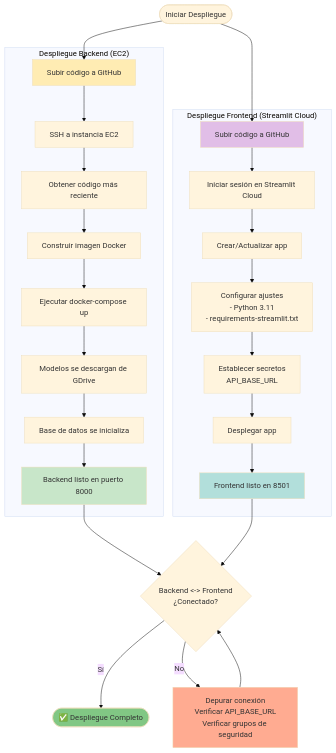
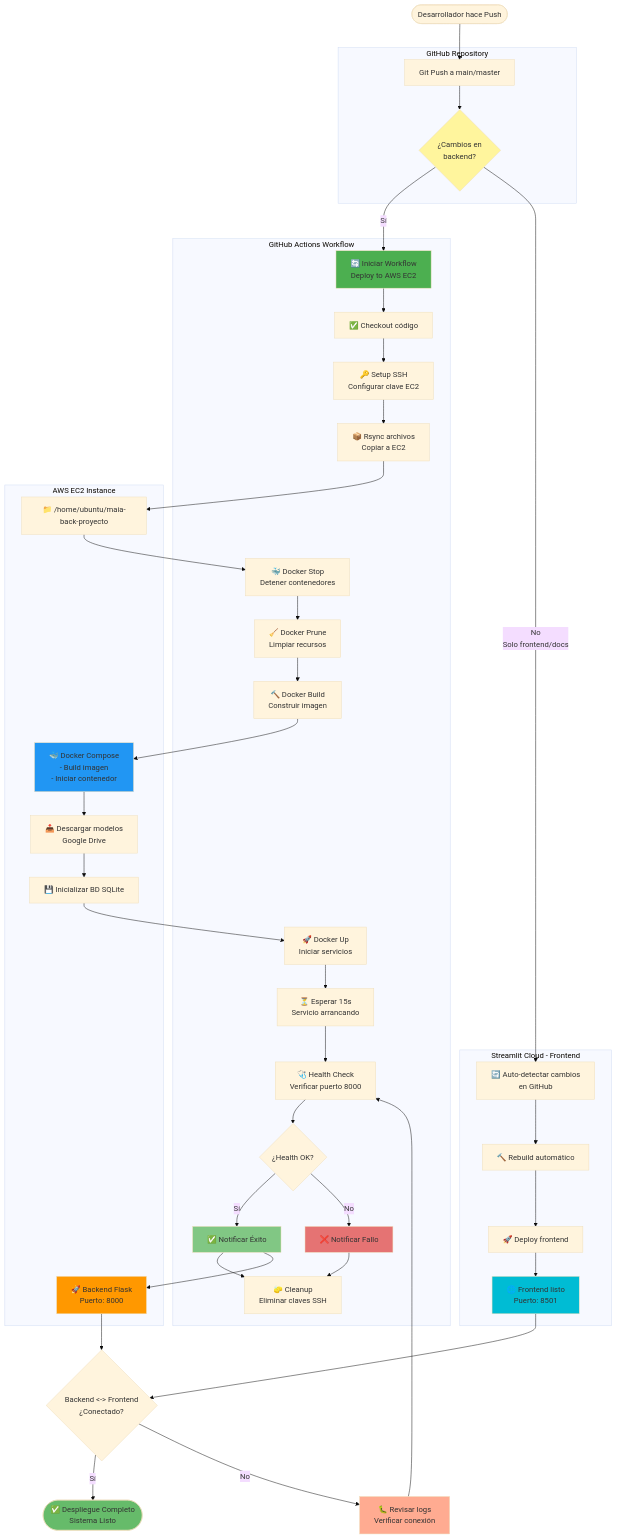
One commit to marioguaqueta/maia-back-proyecto changed the fifth of 8 diagrams in ARCHITECTURE_DIAGRAM.md. Above: the diagram before and after it, drawn with Mermaid (base theme). The commit also changed other lines of this file and 6 other files, not shown here.

Commit message:
Fix diagrama

````diff
--- a/ARCHITECTURE_DIAGRAM.md
+++ b/ARCHITECTURE_DIAGRAM.md
@@ -219,57 +219,94 @@
 ```mermaid
 graph TD
-    Start([Iniciar Despliegue])
+    Start([Desarrollador hace Push])
     
-    subgraph "Despliegue Backend (EC2)"
-        B1[Subir código a GitHub]
-        B2[SSH a instancia EC2]
-        B3[Obtener código más reciente]
-        B4[Construir imagen Docker]
-        B5[Ejecutar docker-compose up]
-        B6[Modelos se descargan de GDrive]
-        B7[Base de datos se inicializa]
-        B8[Backend listo en puerto 8000]
+    subgraph "GitHub Repository"
+        Push[Git Push a main/master]
+        Trigger{¿Cambios en<br/>backend?}
     end
     
-    subgraph "Despliegue Frontend (Streamlit Cloud)"
-        F1[Subir código a GitHub]
-        F2[Iniciar sesión en Streamlit Cloud]
-        F3[Crear/Actualizar app]
-        F4[Configurar ajustes<br/>- Python 3.11<br/>- requirements-streamlit.txt]
-        F5[Establecer secretos<br/>API_BASE_URL]
-        F6[Desplegar app]
-        F7[Frontend listo en 8501]
+    subgraph "GitHub Actions Workflow"
+        GHA1[🔄 Iniciar Workflow<br/>Deploy to AWS EC2]
+        GHA2[✅ Checkout código]
+        GHA3[🔑 Setup SSH<br/>Configurar clave EC2]
+        GHA4[📦 Rsync archivos<br/>Copiar a EC2]
+        GHA5[🐳 Docker Stop<br/>Detener contenedores]
+        GHA6[🧹 Docker Prune<br/>Limpiar recursos]
+        GHA7[🔨 Docker Build<br/>Construir imagen]
+        GHA8[🚀 Docker Up<br/>Iniciar servicios]
+        GHA9[⏳ Esperar 15s<br/>Servicio arrancando]
+        GHA10[🩺 Health Check<br/>Verificar puerto 8000]
+        GHA11{¿Health OK?}
+        GHA12[✅ Notificar Éxito]
+        GHA13[❌ Notificar Fallo]
+        GHA14[🧽 Cleanup<br/>Eliminar claves SSH]
     end
     
-    Start --> B1
-    Start --> F1
+    subgraph "AWS EC2 Instance"
+        EC2Deploy[📁 /home/ubuntu/maia-back-proyecto]
+        EC2Docker[🐳 Docker Compose<br/>- Build imagen<br/>- Iniciar contenedor]
+        EC2Models[📥 Descargar modelos<br/>Google Drive]
+        EC2DB[💾 Inicializar BD SQLite]
+        EC2Service[🚀 Backend Flask<br/>Puerto: 8000]
+    end
     
-    B1 --> B2
-    B2 --> B3
-    B3 --> B4
-    B4 --> B5
-    B5 --> B6
-    B6 --> B7
-    B7 --> B8
+    subgraph "Streamlit Cloud - Frontend"
+        F1[🔄 Auto-detectar cambios<br/>en GitHub]
+        F2[🔨 Rebuild automático]
+        F3[🚀 Deploy frontend]
+        F4[🌐 Frontend listo<br/>Puerto: 8501]
+    end
+    
+    Start --> Push
+    Push --> Trigger
+    
+    Trigger -->|Sí| GHA1
+    Trigger -->|No<br/>Solo frontend/docs| F1
+    
+    GHA1 --> GHA2
+    GHA2 --> GHA3
+    GHA3 --> GHA4
+    GHA4 --> EC2Deploy
+    
+    EC2Deploy --> GHA5
+    GHA5 --> GHA6
+    GHA6 --> GHA7
+    GHA7 --> EC2Docker
+    
+    EC2Docker --> EC2Models
+    EC2Models --> EC2DB
+    EC2DB --> GHA8
+    
+    GHA8 --> GHA9
+    GHA9 --> GHA10
+    GHA10 --> GHA11
+    
+    GHA11 -->|Sí| GHA12
+    GHA11 -->|No| GHA13
+    
+    GHA12 --> GHA14
+    GHA13 --> GHA14
+    
+    GHA12 --> EC2Service
     
     F1 --> F2
     F2 --> F3
     F3 --> F4
-    F4 --> F5
-    F5 --> F6
-    F6 --> F7
     
-    B8 --> Connected{Backend <-> Frontend<br/>¿Conectado?}
-    F7 --> Connected
+    EC2Service --> Connected{Backend <-> Frontend<br/>¿Conectado?}
+    F4 --> Connected
     
-    Connected -->|Sí| Success([✅ Despliegue Completo])
-    Connected -->|No| Debug[Depurar conexión<br/>Verificar API_BASE_URL<br/>Verificar grupos de seguridad]
-    Debug --> Connected
+    Connected -->|Sí| Success([✅ Despliegue Completo<br/>Sistema Listo])
+    Connected -->|No| Debug[🐛 Revisar logs<br/>Verificar conexión]
+    Debug --> GHA10
     
-    style B1 fill:#ffecb3
-    style B8 fill:#c8e6c9
-    style F1 fill:#e1bee7
-    style F7 fill:#b2dfdb
-    style Success fill:#81c784
+    style GHA1 fill:#4CAF50
+    style GHA12 fill:#81c784
+    style GHA13 fill:#e57373
+    style EC2Docker fill:#2196F3
+    style EC2Service fill:#ff9800
+    style F4 fill:#00bcd4
+    style Success fill:#66bb6a
     style Debug fill:#ffab91
+    style Trigger fill:#fff59d
 ```
````
